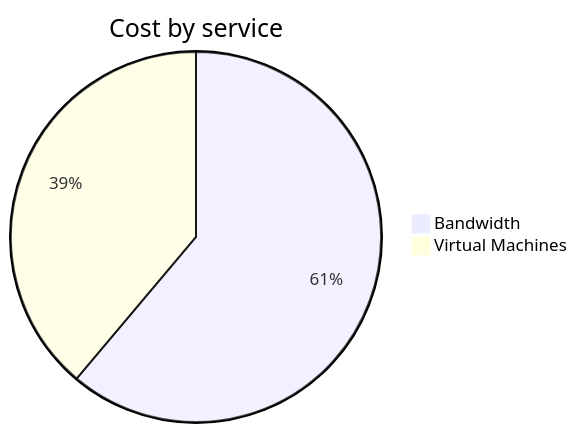
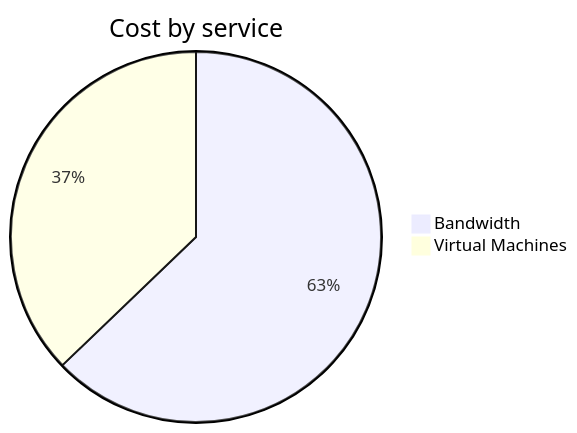
The second of 4 diagrams in cost-reports/personal-network/vpn-server.md (jpfulton/azure-personal-reports), drawn with Mermaid before and after one commit. The commit also changed other lines of this file and 8 other files, not shown here.

````diff
--- a/cost-reports/personal-network/vpn-server.md
+++ b/cost-reports/personal-network/vpn-server.md
@@ -96,6 +96,6 @@
 ```mermaid
 pie
    title Cost by service
-   "Bandwidth" : 1.92
-   "Virtual Machines" : 1.22
+   "Bandwidth" : 2.40
+   "Virtual Machines" : 1.42
 ```
````
